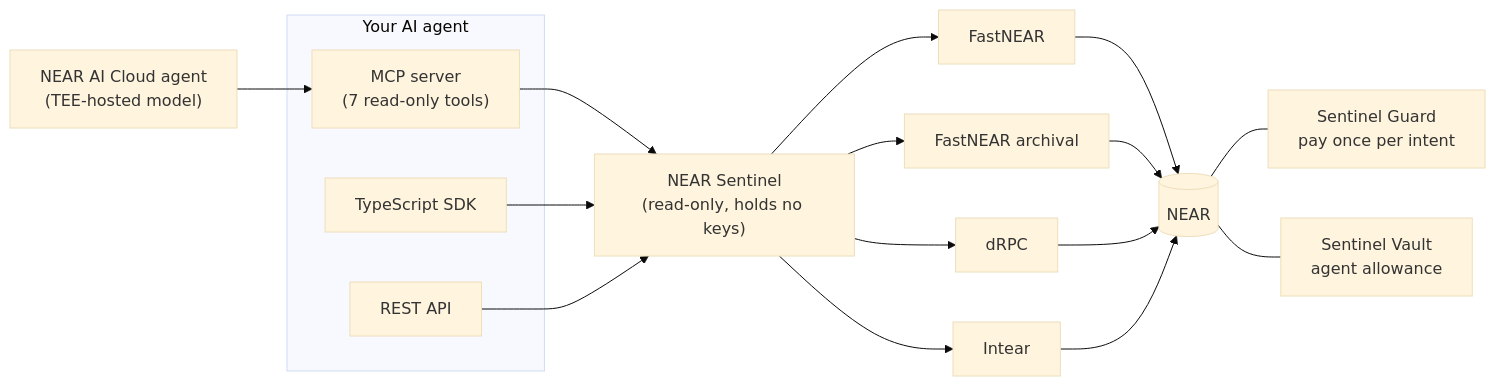
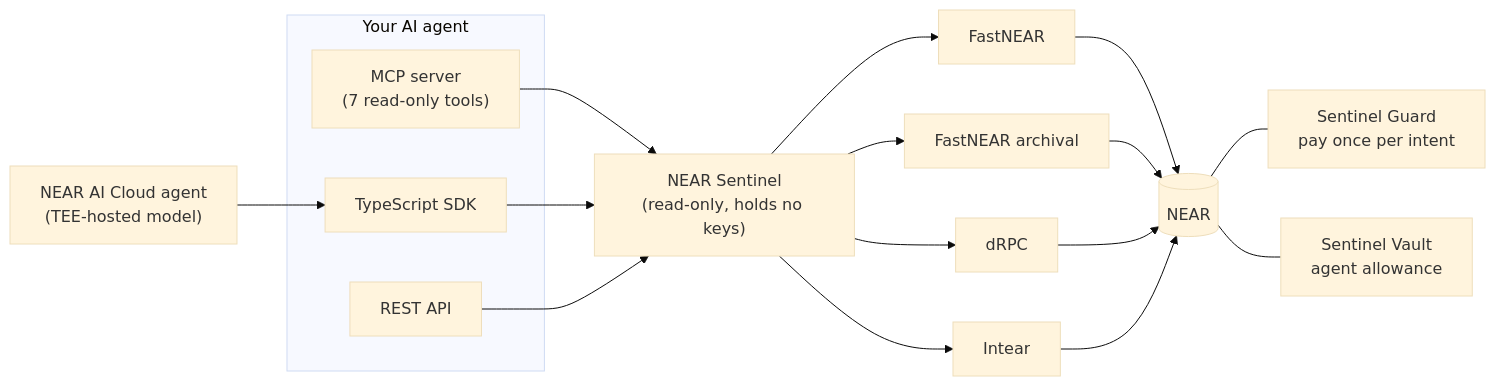
Before and after one commit to kariosg/near-sentinel: the second of 3 diagrams in README.md, drawn with Mermaid (base theme). The commit also changed other lines of this file and 42 other files, not shown here.

````diff
--- a/README.md
+++ b/README.md
@@ -180,19 +183,19 @@
 ```mermaid
 flowchart LR
     subgraph Agent["Your AI agent"]
         MCP["MCP server<br/>(7 read-only tools)"]
         SDK["TypeScript SDK"]
         REST["REST API"]
     end
-    AI["NEAR AI Cloud agent<br/>(TEE-hosted model)"] --> MCP
+    AI["NEAR AI Cloud agent<br/>(TEE-hosted model)"] --> SDK
     MCP --> S["NEAR Sentinel<br/>(read-only, holds no keys)"]
     SDK --> S
     REST --> S
     S --> P1["FastNEAR"]
     S --> P2["FastNEAR archival"]
     S --> P3["dRPC"]
     S --> P4["Intear"]
     P1 & P2 & P3 & P4 --> NEAR[("NEAR")]
     NEAR --- G["Sentinel Guard<br/>pay once per intent"]
     NEAR --- V["Sentinel Vault<br/>agent allowance"]
 ```
````
